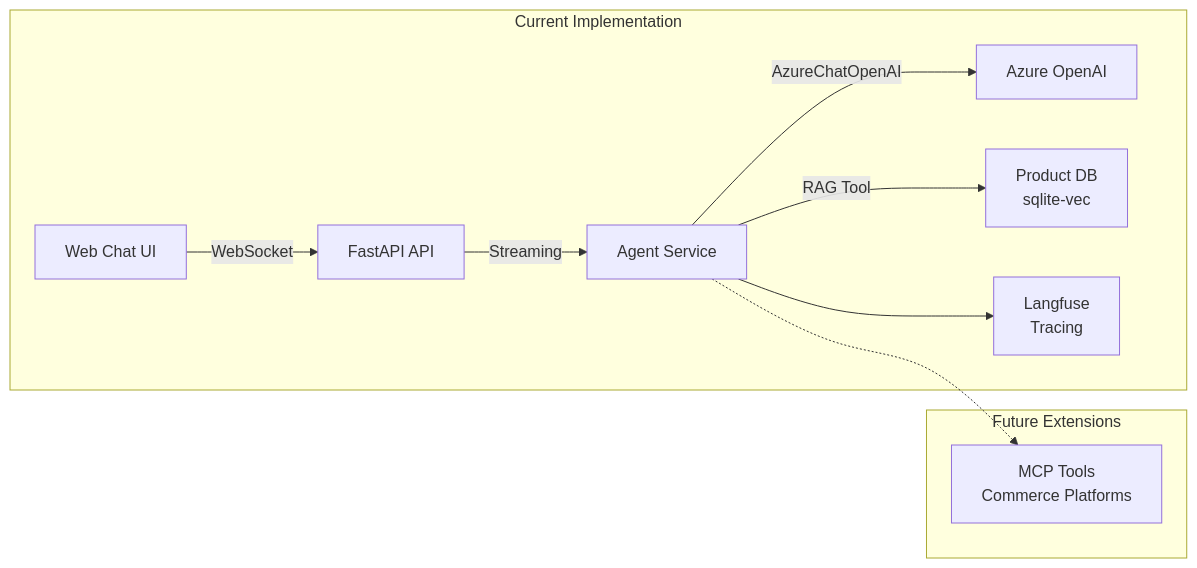
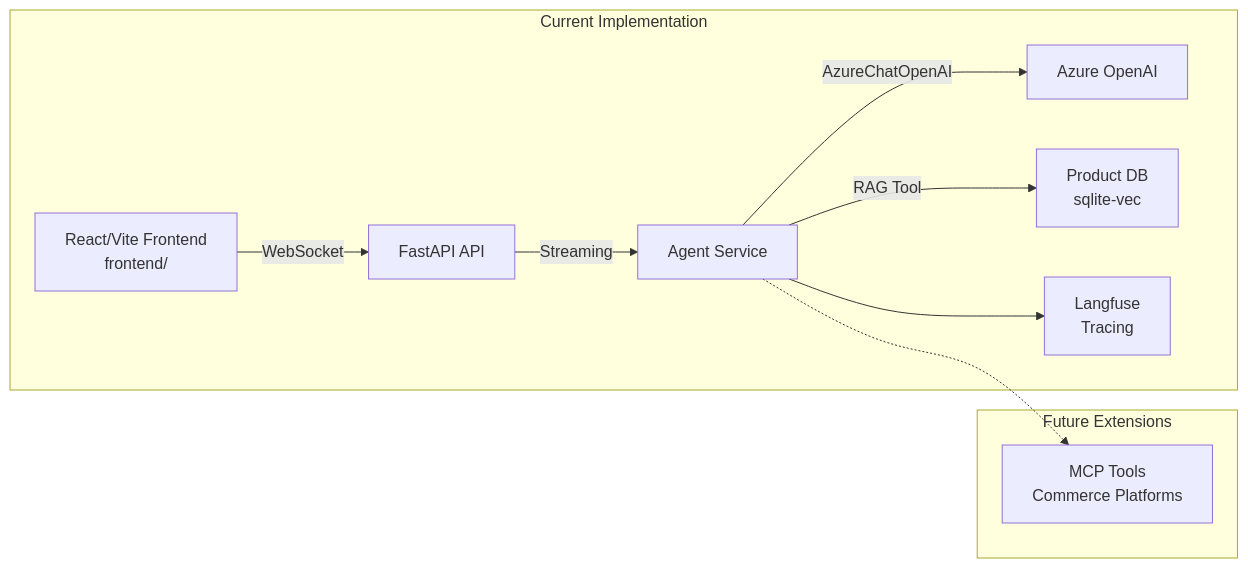
The diagram in README.md (netguru/chatguru), drawn with Mermaid before and after one commit. The commit also changed other lines of this file and 90 other files, not shown here.

````diff
--- a/README.md
+++ b/README.md
@@ -120,15 +120,15 @@
 ```mermaid
 graph LR
     subgraph "Current Implementation"
-        UI[Web Chat UI] -->|WebSocket| API[FastAPI API]
+        UI[React/Vite Frontend<br/>frontend/] -->|WebSocket| API[FastAPI API]
         API -->|Streaming| AGENT[Agent Service]
         AGENT -->|AzureChatOpenAI| LLM[Azure OpenAI]
         AGENT -->|RAG Tool| PRODUCTDB[Product DB<br/>sqlite-vec]
         AGENT --> LANGFUSE[Langfuse<br/>Tracing]
     end
 
     subgraph "Future Extensions"
         MCP[MCP Tools<br/>Commerce Platforms]
         AGENT -.-> MCP
     end
 ```
````
